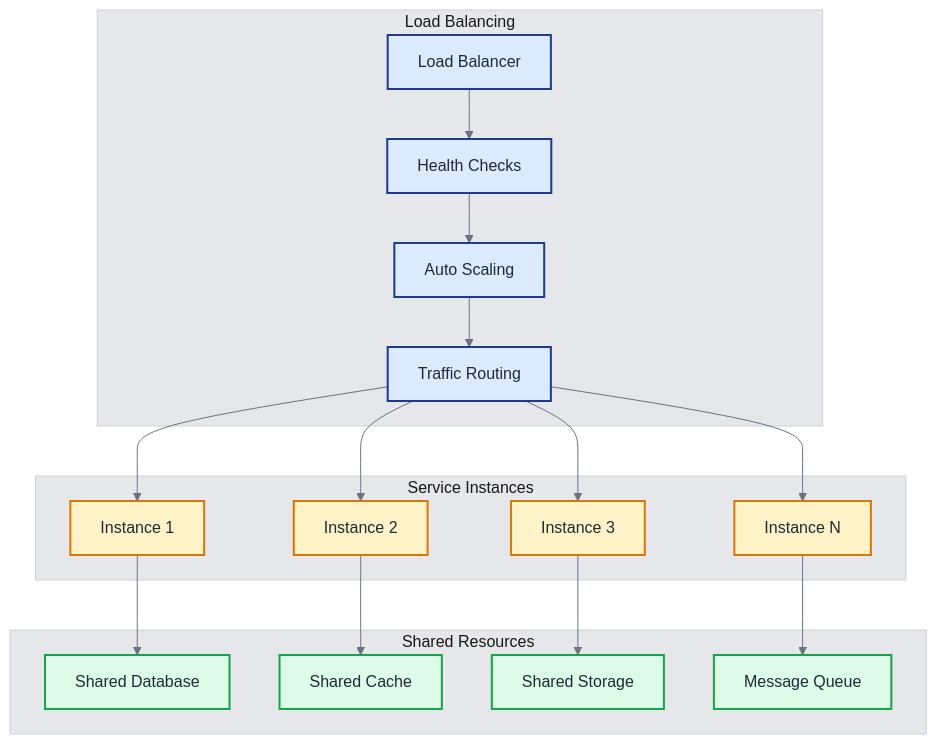
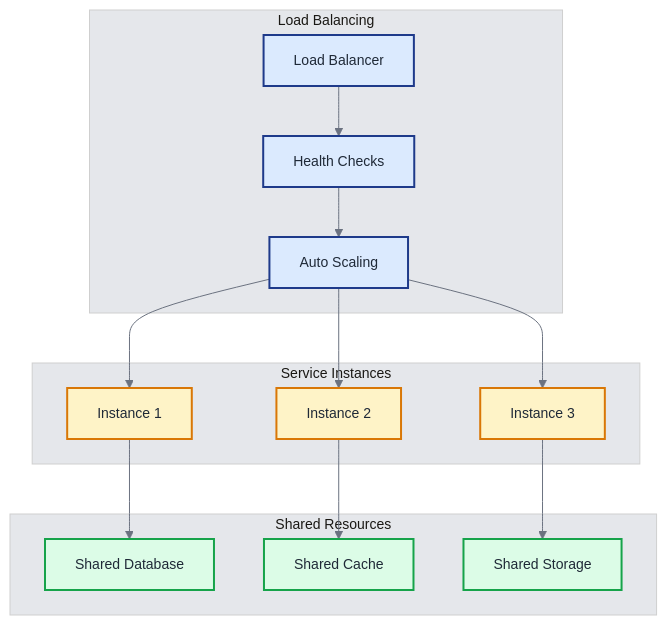
Before and after one commit to khaosans/basic-chat: the seventh of 7 diagrams in docs/ARCHITECTURE.md, drawn with Mermaid. The commit also changed other lines of this file and 3 other files, not shown here.

Commit message:
docs: Revise technical overview and update architecture diagrams - Simplify terminology and improve clarity in diagrams - Adjust font sizes and class definitions for better readability

````diff
--- a/docs/ARCHITECTURE.md
+++ b/docs/ARCHITECTURE.md
@@ -664,46 +420,40 @@
 ```mermaid
-%%{init: {'theme': 'base', 'themeVariables': { 'fontSize': '16px', 'fontFamily': 'Arial, sans-serif', 'primaryColor': '#1e3a8a', 'primaryTextColor': '#1f2937', 'primaryBorderColor': '#374151', 'lineColor': '#6b7280', 'secondaryColor': '#f3f4f6', 'tertiaryColor': '#e5e7eb', 'edgeLabelBackground': '#f9fafb'}}}%%
+%%{init: {'theme': 'base', 'themeVariables': { 'fontSize': '14px', 'fontFamily': 'Arial, sans-serif', 'primaryColor': '#1e3a8a', 'primaryTextColor': '#1f2937', 'primaryBorderColor': '#374151', 'lineColor': '#6b7280', 'secondaryColor': '#f3f4f6', 'tertiaryColor': '#e5e7eb'}}}%%
 graph TB
     subgraph "Load Balancing"
         LB[Load Balancer]
-        HEALTH_CHECK[Health Checks]
-        AUTO_SCALING[Auto Scaling]
-        TRAFFIC_ROUTING[Traffic Routing]
+        HEALTH[Health Checks]
+        SCALING[Auto Scaling]
     end
     
     subgraph "Service Instances"
         INSTANCE1[Instance 1]
         INSTANCE2[Instance 2]
         INSTANCE3[Instance 3]
-        INSTANCE_N[Instance N]
     end
     
     subgraph "Shared Resources"
-        SHARED_DB[Shared Database]
-        SHARED_CACHE[Shared Cache]
-        SHARED_STORAGE[Shared Storage]
-        MESSAGE_QUEUE[Message Queue]
+        DB[Shared Database]
+        CACHE[Shared Cache]
+        STORAGE[Shared Storage]
     end
     
-    LB --> HEALTH_CHECK
-    HEALTH_CHECK --> AUTO_SCALING
-    AUTO_SCALING --> TRAFFIC_ROUTING
+    LB --> HEALTH
+    HEALTH --> SCALING
     
-    TRAFFIC_ROUTING --> INSTANCE1
-    TRAFFIC_ROUTING --> INSTANCE2
-    TRAFFIC_ROUTING --> INSTANCE3
-    TRAFFIC_ROUTING --> INSTANCE_N
+    SCALING --> INSTANCE1
+    SCALING --> INSTANCE2
+    SCALING --> INSTANCE3
     
-    INSTANCE1 --> SHARED_DB
-    INSTANCE2 --> SHARED_CACHE
-    INSTANCE3 --> SHARED_STORAGE
-    INSTANCE_N --> MESSAGE_QUEUE
+    INSTANCE1 --> DB
+    INSTANCE2 --> CACHE
+    INSTANCE3 --> STORAGE
     
     classDef loadbalancing fill:#dbeafe,stroke:#1e3a8a,stroke-width:2px,color:#1f2937
     classDef instances fill:#fef3c7,stroke:#d97706,stroke-width:2px,color:#1f2937
     classDef resources fill:#dcfce7,stroke:#16a34a,stroke-width:2px,color:#1f2937
     
-    class LB,HEALTH_CHECK,AUTO_SCALING,TRAFFIC_ROUTING loadbalancing
-    class INSTANCE1,INSTANCE2,INSTANCE3,INSTANCE_N instances
-    class SHARED_DB,SHARED_CACHE,SHARED_STORAGE,MESSAGE_QUEUE resources
+    class LB,HEALTH,SCALING loadbalancing
+    class INSTANCE1,INSTANCE2,INSTANCE3 instances
+    class DB,CACHE,STORAGE resources
 ```
````
